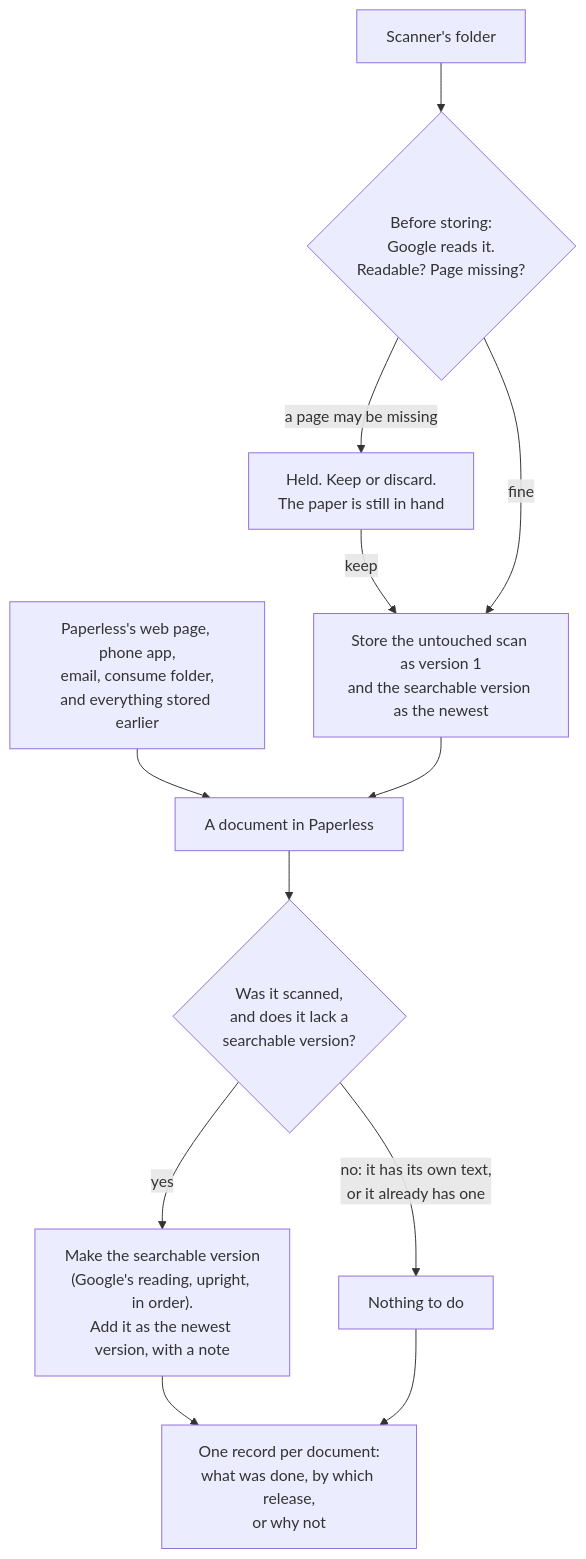
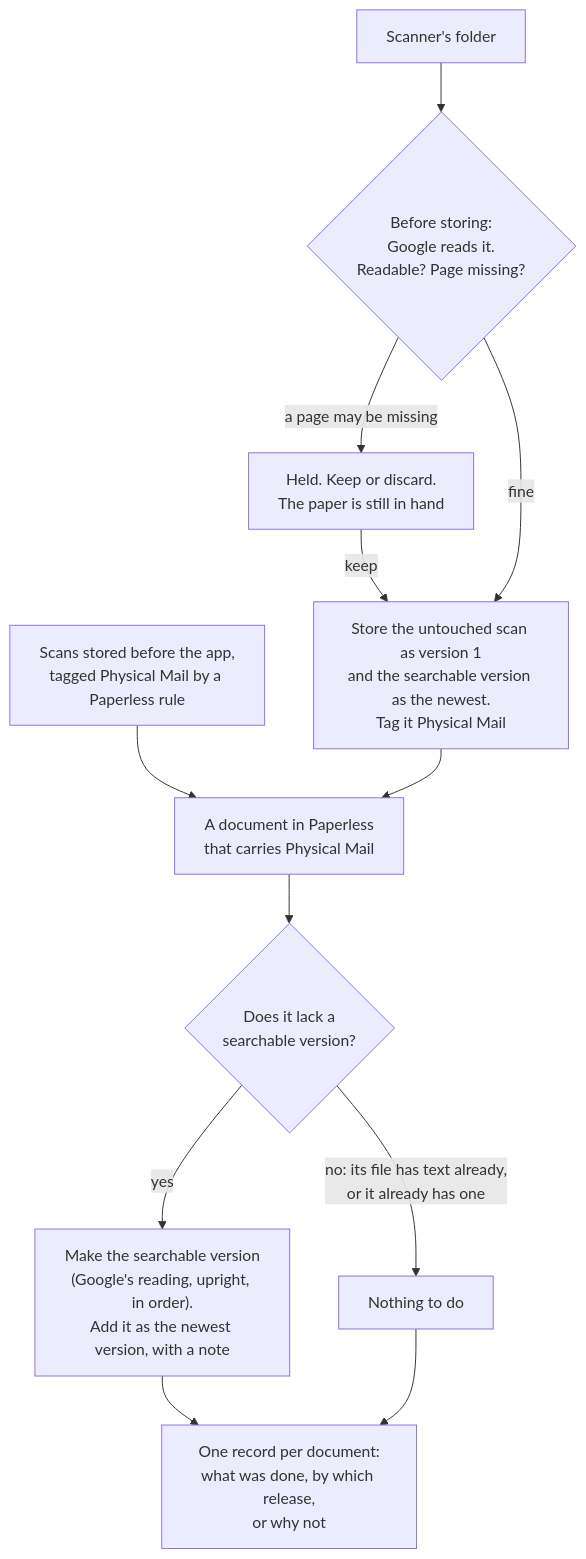
Before and after one commit to JaneJeon/homeassistant-apps: the diagram in paperless-ngx-intake/DESIGN.md, drawn with Mermaid. The commit also changed other lines of this file and 14 other files, not shown here.

First line of the commit message:
Paperless Intake 1.3.1: scanner only, and the Physical Mail tag is the boundary (#52)

````diff
--- a/paperless-ngx-intake/DESIGN.md
+++ b/paperless-ngx-intake/DESIGN.md
@@ -31,14 +56,14 @@
 ```mermaid
 flowchart TD
     scanner["Scanner's folder"] --> check{"Before storing:<br/>Google reads it.<br/>Readable? Page missing?"}
     check -- "a page may be missing" --> held["Held. Keep or discard.<br/>The paper is still in hand"]
     held -- "keep" --> store
-    check -- "fine" --> store["Store the untouched scan as version 1<br/>and the searchable version as the newest"]
-    doors["Paperless's web page, phone app,<br/>email, consume folder,<br/>and everything stored earlier"] --> stored
-    store --> stored["A document in Paperless"]
-    stored --> need{"Was it scanned,<br/>and does it lack a<br/>searchable version?"}
+    check -- "fine" --> store["Store the untouched scan as version 1<br/>and the searchable version as the newest.<br/>Tag it Physical Mail"]
+    old["Scans stored before the app,<br/>tagged Physical Mail by a Paperless rule"] --> stored
+    store --> stored["A document in Paperless<br/>that carries Physical Mail"]
+    stored --> need{"Does it lack a<br/>searchable version?"}
     need -- "yes" --> make["Make the searchable version<br/>(Google's reading, upright, in order).<br/>Add it as the newest version, with a note"]
-    need -- "no: it has its own text,<br/>or it already has one" --> none["Nothing to do"]
+    need -- "no: its file has text already,<br/>or it already has one" --> none["Nothing to do"]
     make --> record["One record per document:<br/>what was done, by which release,<br/>or why not"]
     none --> record
 ```
````
